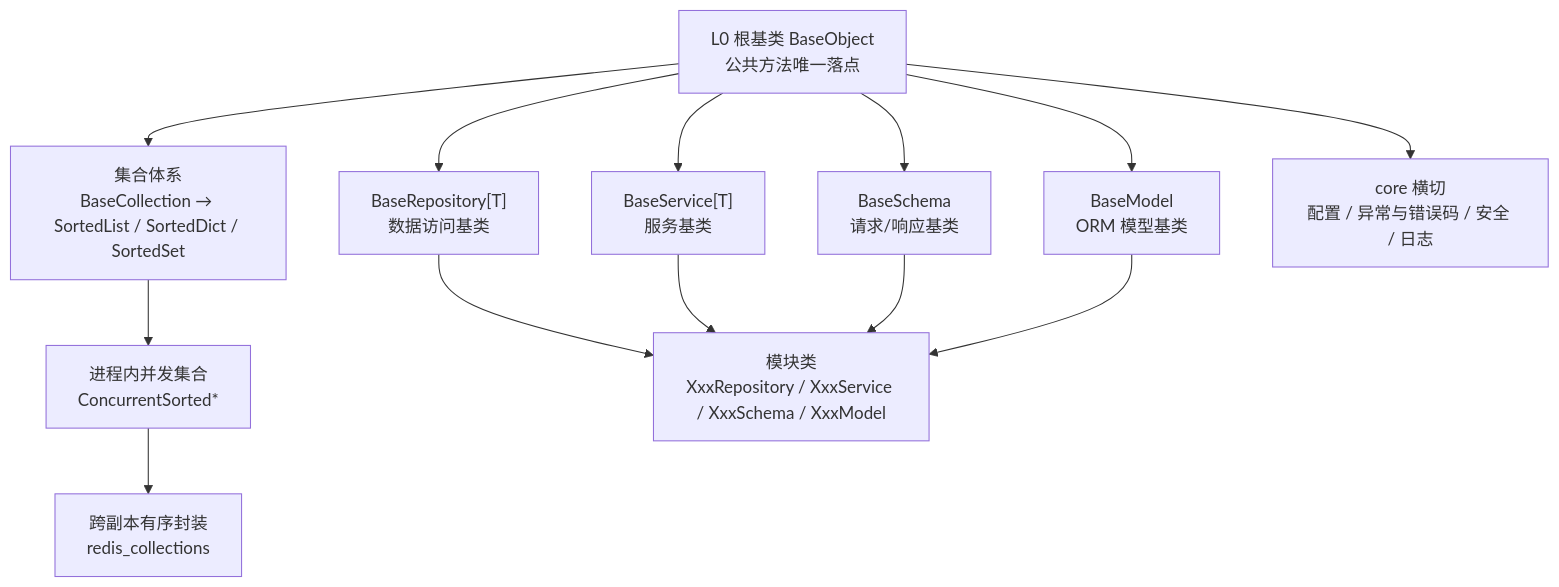
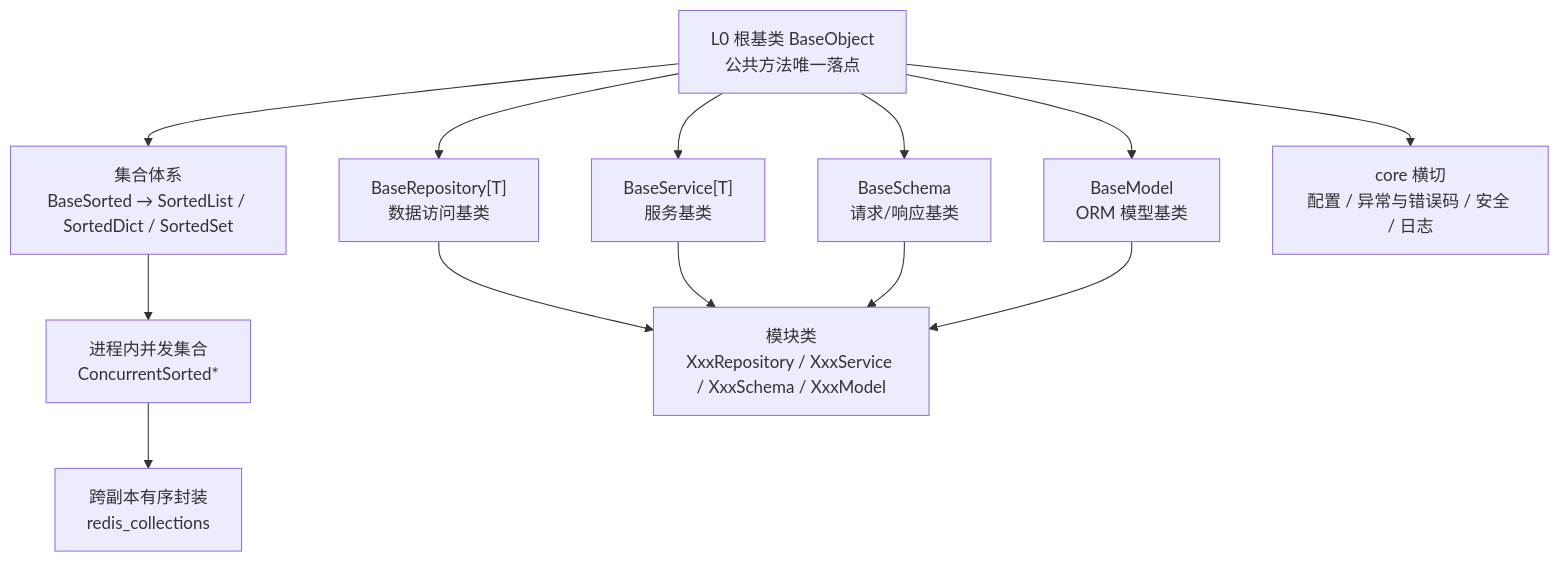
The first of 2 diagrams in bms文档/规范/后端开发规范.md (minjian123/basic-management-system), drawn with Mermaid before and after one commit. The commit also changed other lines of this file and 6 other files, not shown here.

Commit message:
refactor(后端): 集合基类 BaseCollection 重命名为 BaseSorted

````diff
--- a/bms文档/规范/后端开发规范.md
+++ b/bms文档/规范/后端开发规范.md
@@ -51,25 +51,25 @@
 ```mermaid
 flowchart TD
     L0["L0 根基类 BaseObject<br/>公共方法唯一落点"]
-    COL["集合体系<br/>BaseCollection → SortedList / SortedDict / SortedSet"]
+    COL["集合体系<br/>BaseSorted → SortedList / SortedDict / SortedSet"]
     CONC["进程内并发集合<br/>ConcurrentSorted*"]
     REDIS["跨副本有序封装<br/>redis_collections"]
     REPO["BaseRepository[T]<br/>数据访问基类"]
     SVC["BaseService[T]<br/>服务基类"]
     SCH["BaseSchema<br/>请求/响应基类"]
     ORM["BaseModel<br/>ORM 模型基类"]
     CORE["core 横切<br/>配置 / 异常与错误码 / 安全 / 日志"]
     MOD["模块类<br/>XxxRepository / XxxService / XxxSchema / XxxModel"]
     L0 --> COL
     COL --> CONC
     CONC --> REDIS
     L0 --> REPO
     REPO --> MOD
     L0 --> SVC
     SVC --> MOD
     L0 --> SCH
     SCH --> MOD
     L0 --> ORM
     ORM --> MOD
     L0 --> CORE
 ```
````
